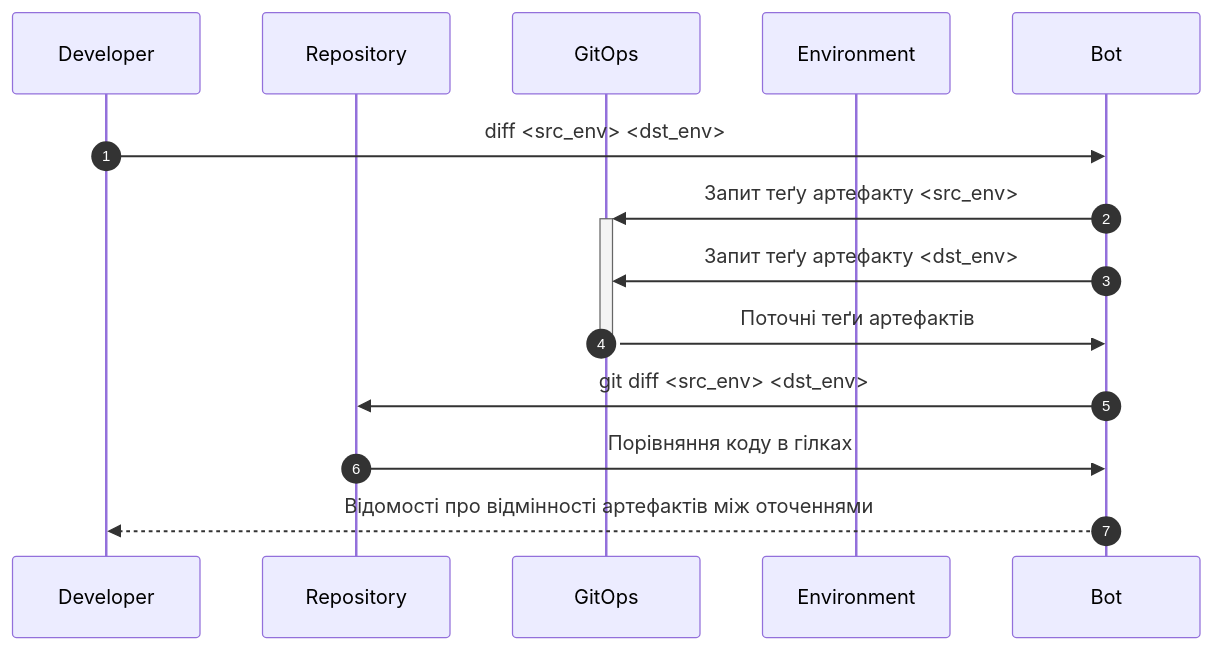
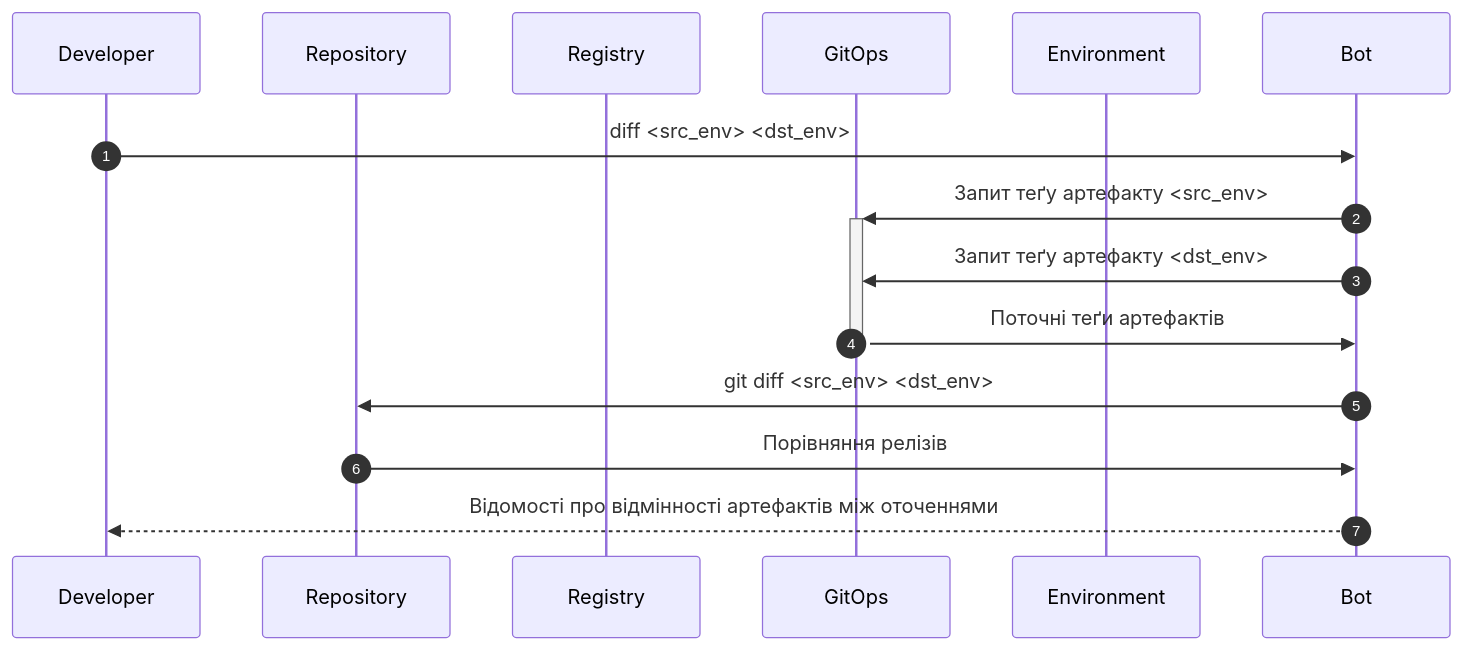
One commit to k3ilona/publisher-slack-bot changed the sixth of 6 diagrams in docs/HLD.md. Above: the diagram before and after it, drawn with Mermaid. The commit also changed other lines of this file, not shown here.

Commit message:
Додано в схеми реєстр артефактів; Змінено порядок команд

````diff
--- a/docs/HLD.md
+++ b/docs/HLD.md
@@ -204,17 +213,18 @@
 ```mermaid
 sequenceDiagram
 autonumber
     participant D as Developer
     participant R as Repository
+    participant RA as Registry
     participant G as GitOps
     participant E as Environment
     participant B as Bot
 
     D ->> B: diff <src_env> <dst_env>
     B ->>+ G: Запит теґу артефакту  <src_env>
     B ->> G: Запит теґу артефакту  <dst_env>
     G ->>- B: Поточні теґи артефактів
     B ->> R: git diff <src_env> <dst_env>
-    R ->> B: Порівняння коду в гілках
+    R ->> B: Порівняння релізів
     B -->> D: Відомості про відмінності артефактів між оточеннями
 ```
````
